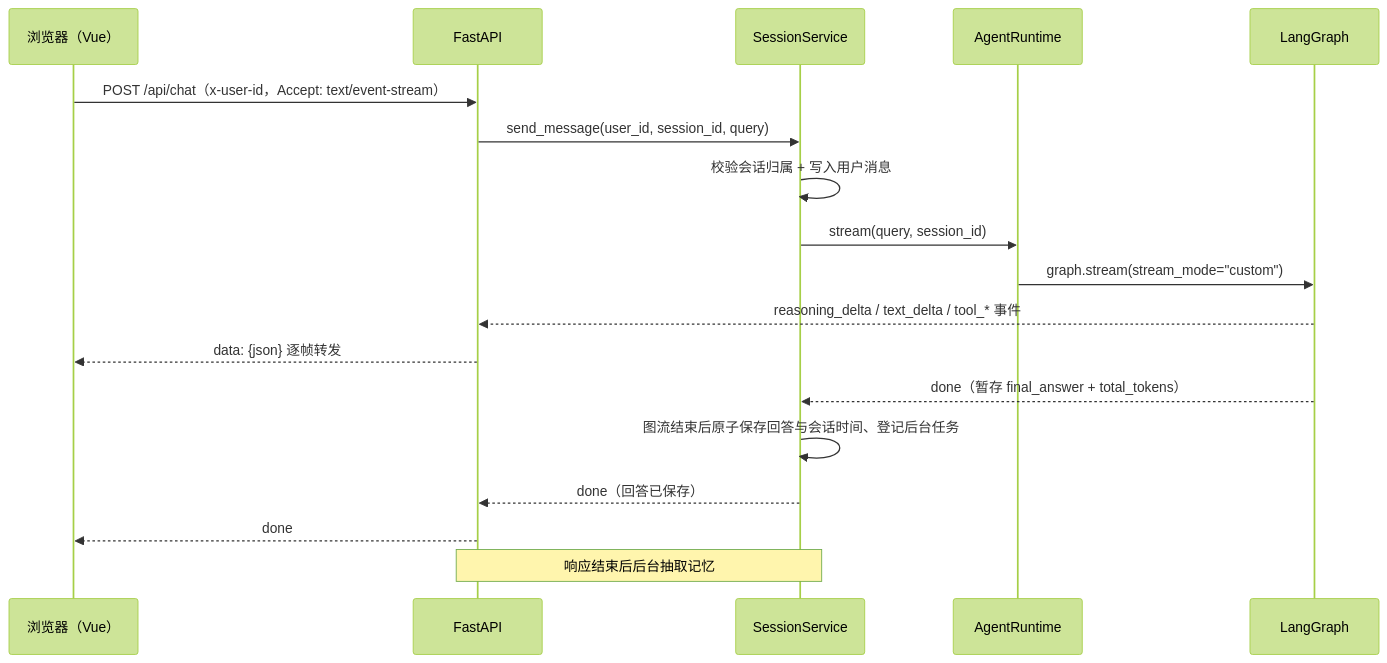
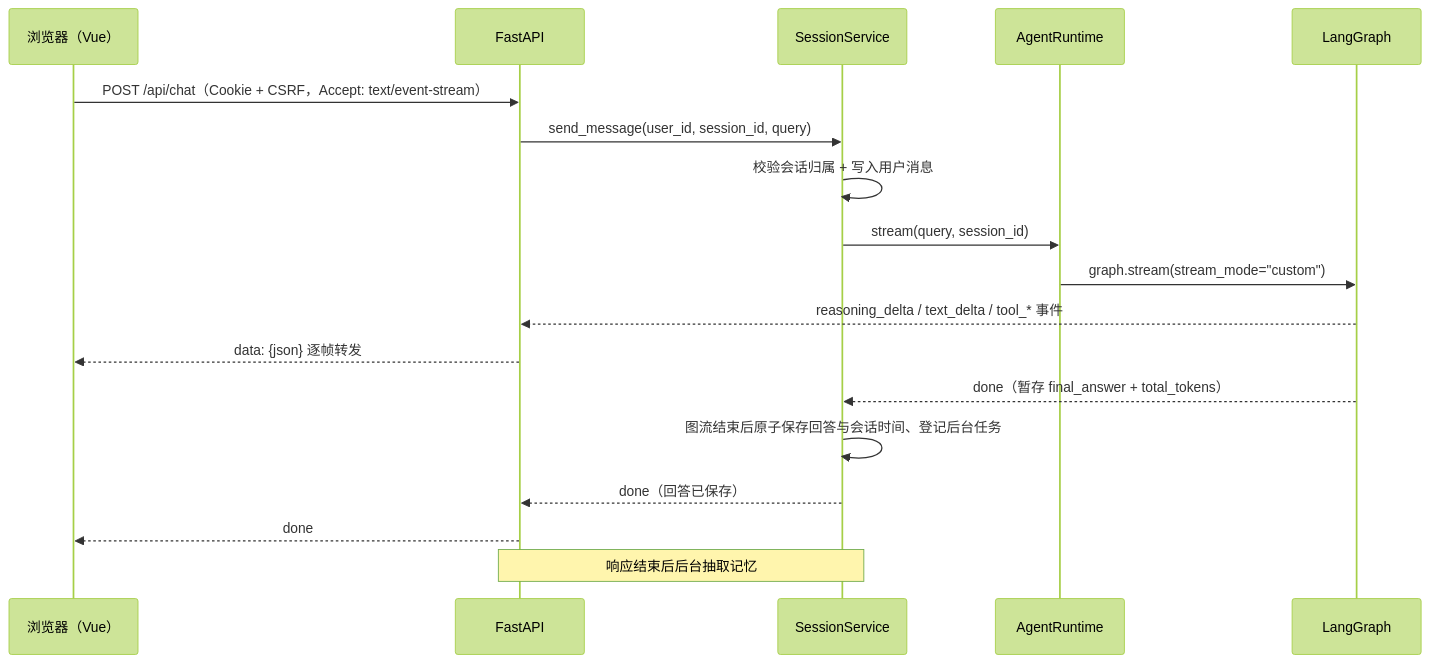
The first of 2 diagrams in README.md (zhp282515-wq/graduation_project), drawn with Mermaid (forest theme) before and after one commit. The commit also changed other lines of this file and 88 other files, not shown here.

````diff
--- a/README.md
+++ b/README.md
@@ -196,21 +197,21 @@
 ```mermaid
 sequenceDiagram
     participant B as 浏览器（Vue）
     participant A as FastAPI
     participant S as SessionService
     participant R as AgentRuntime
     participant G as LangGraph
 
-    B->>A: POST /api/chat（x-user-id，Accept: text/event-stream）
+    B->>A: POST /api/chat（Cookie + CSRF，Accept: text/event-stream）
     A->>S: send_message(user_id, session_id, query)
     S->>S: 校验会话归属 + 写入用户消息
     S->>R: stream(query, session_id)
     R->>G: graph.stream(stream_mode="custom")
     G-->>A: reasoning_delta / text_delta / tool_* 事件
     A-->>B: data: {json} 逐帧转发
     G-->>S: done（暂存 final_answer + total_tokens）
     S->>S: 图流结束后原子保存回答与会话时间、登记后台任务
     S-->>A: done（回答已保存）
     A-->>B: done
     Note over A,S: 响应结束后后台抽取记忆
 ```
````
